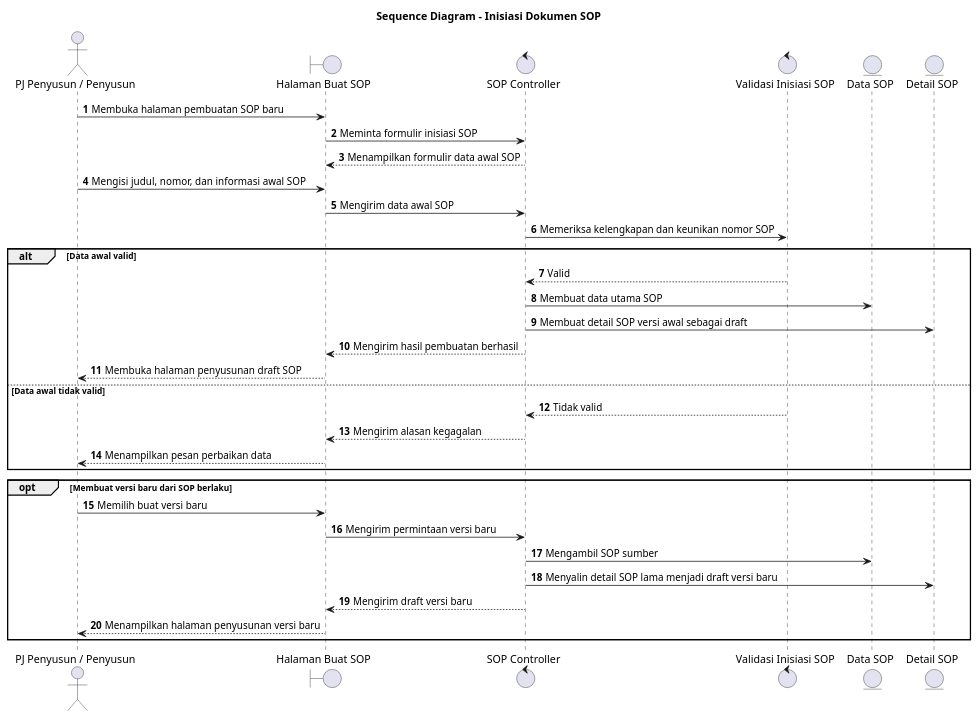
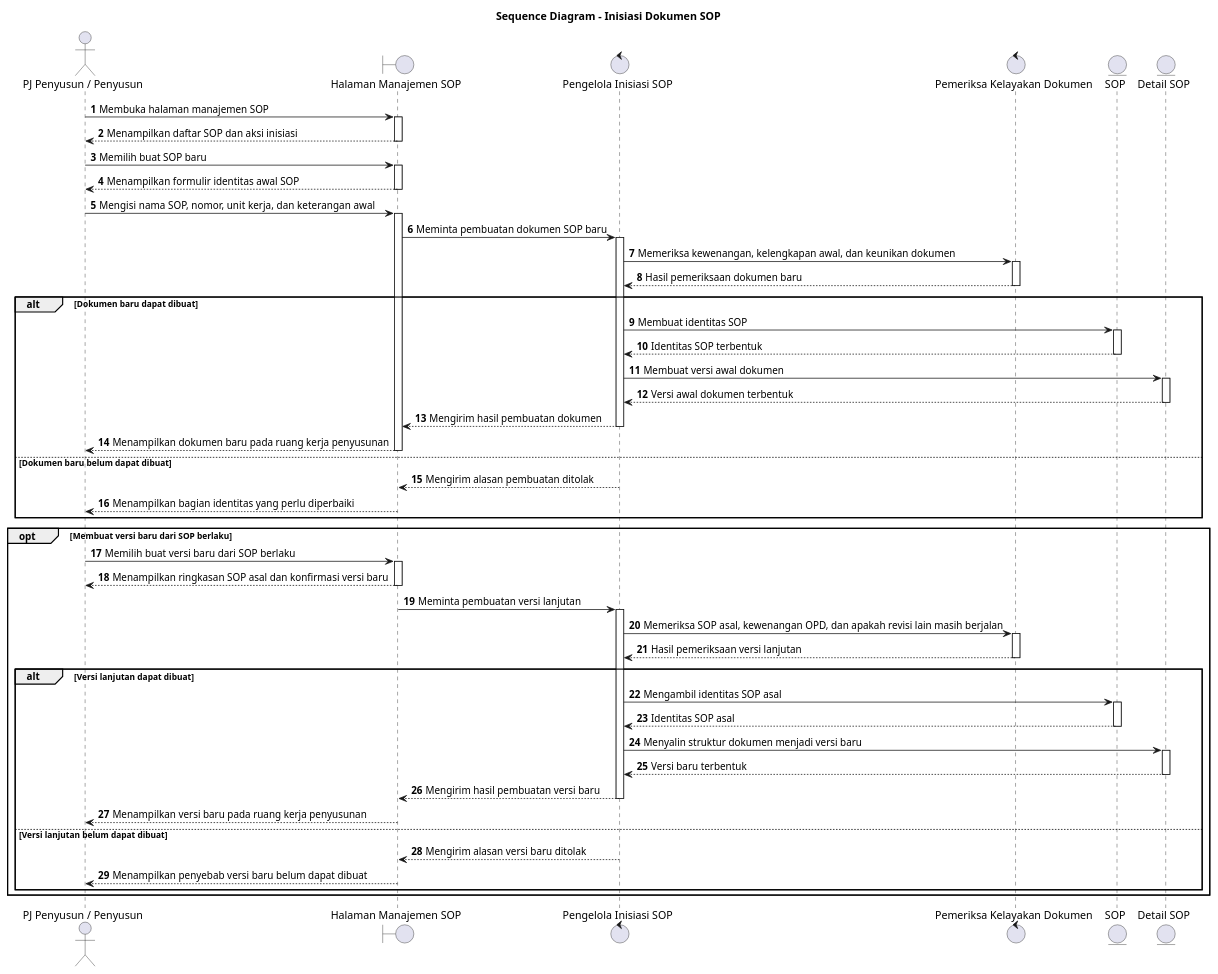
The diagram in docs/sequence/lampiran/pj-penyusun-penyusun-inisiasi-dokumen-sop.md (howlil/sop-generate-app), drawn with PlantUML before and after one commit. The commit also changed other lines of this file and 90 other files, not shown here.

````diff
--- a/docs/sequence/lampiran/pj-penyusun-penyusun-inisiasi-dokumen-sop.md
+++ b/docs/sequence/lampiran/pj-penyusun-penyusun-inisiasi-dokumen-sop.md
@@ -16,43 +16,54 @@
 ```plantuml
 @startuml
 title Sequence Diagram - Inisiasi Dokumen SOP
 autonumber
+autoactivate on
 
-actor "PJ Penyusun / Penyusun" as Aktor
-boundary "Halaman Buat SOP" as UI
-control "SOP Controller" as SOPCtrl
-control "Validasi Inisiasi SOP" as Validasi
-entity "Data SOP" as SOP
-entity "Detail SOP" as Detail
+actor "PJ Penyusun / Penyusun" as A
+boundary "Halaman Manajemen SOP" as B
+control "Pengelola Inisiasi SOP" as C
+control "Pemeriksa Kelayakan Dokumen" as D
+entity "SOP" as SOP
+entity "Detail SOP" as DetailSOP
 
-Aktor -> UI : Membuka halaman pembuatan SOP baru
-UI -> SOPCtrl : Meminta formulir inisiasi SOP
-SOPCtrl --> UI : Menampilkan formulir data awal SOP
-
-Aktor -> UI : Mengisi judul, nomor, dan informasi awal SOP
-UI -> SOPCtrl : Mengirim data awal SOP
-SOPCtrl -> Validasi : Memeriksa kelengkapan dan keunikan nomor SOP
-
-alt Data awal valid
-  Validasi --> SOPCtrl : Valid
-  SOPCtrl -> SOP : Membuat data utama SOP
-  SOPCtrl -> Detail : Membuat detail SOP versi awal sebagai draft
-  SOPCtrl --> UI : Mengirim hasil pembuatan berhasil
-  UI --> Aktor : Membuka halaman penyusunan draft SOP
-else Data awal tidak valid
-  Validasi --> SOPCtrl : Tidak valid
-  SOPCtrl --> UI : Mengirim alasan kegagalan
-  UI --> Aktor : Menampilkan pesan perbaikan data
+A -> B : Membuka halaman manajemen SOP
+B --> A : Menampilkan daftar SOP dan aksi inisiasi
+A -> B : Memilih buat SOP baru
+B --> A : Menampilkan formulir identitas awal SOP
+A -> B : Mengisi nama SOP, nomor, unit kerja, dan keterangan awal
+B -> C : Meminta pembuatan dokumen SOP baru
+C -> D : Memeriksa kewenangan, kelengkapan awal, dan keunikan dokumen
+D --> C : Hasil pemeriksaan dokumen baru
+alt Dokumen baru dapat dibuat
+  C -> SOP : Membuat identitas SOP
+  SOP --> C : Identitas SOP terbentuk
+  C -> DetailSOP : Membuat versi awal dokumen
+  DetailSOP --> C : Versi awal dokumen terbentuk
+  C --> B : Mengirim hasil pembuatan dokumen
+  B --> A : Menampilkan dokumen baru pada ruang kerja penyusunan
+else Dokumen baru belum dapat dibuat
+  C --> B : Mengirim alasan pembuatan ditolak
+  B --> A : Menampilkan bagian identitas yang perlu diperbaiki
 end
 
 opt Membuat versi baru dari SOP berlaku
-  Aktor -> UI : Memilih buat versi baru
-  UI -> SOPCtrl : Mengirim permintaan versi baru
-  SOPCtrl -> SOP : Mengambil SOP sumber
-  SOPCtrl -> Detail : Menyalin detail SOP lama menjadi draft versi baru
-  SOPCtrl --> UI : Mengirim draft versi baru
-  UI --> Aktor : Menampilkan halaman penyusunan versi baru
+  A -> B : Memilih buat versi baru dari SOP berlaku
+  B --> A : Menampilkan ringkasan SOP asal dan konfirmasi versi baru
+  B -> C : Meminta pembuatan versi lanjutan
+  C -> D : Memeriksa SOP asal, kewenangan OPD, dan apakah revisi lain masih berjalan
+  D --> C : Hasil pemeriksaan versi lanjutan
+  alt Versi lanjutan dapat dibuat
+    C -> SOP : Mengambil identitas SOP asal
+    SOP --> C : Identitas SOP asal
+    C -> DetailSOP : Menyalin struktur dokumen menjadi versi baru
+    DetailSOP --> C : Versi baru terbentuk
+    C --> B : Mengirim hasil pembuatan versi baru
+    B --> A : Menampilkan versi baru pada ruang kerja penyusunan
+  else Versi lanjutan belum dapat dibuat
+    C --> B : Mengirim alasan versi baru ditolak
+    B --> A : Menampilkan penyebab versi baru belum dapat dibuat
+  end
 end
 
 @enduml
 ```
````
